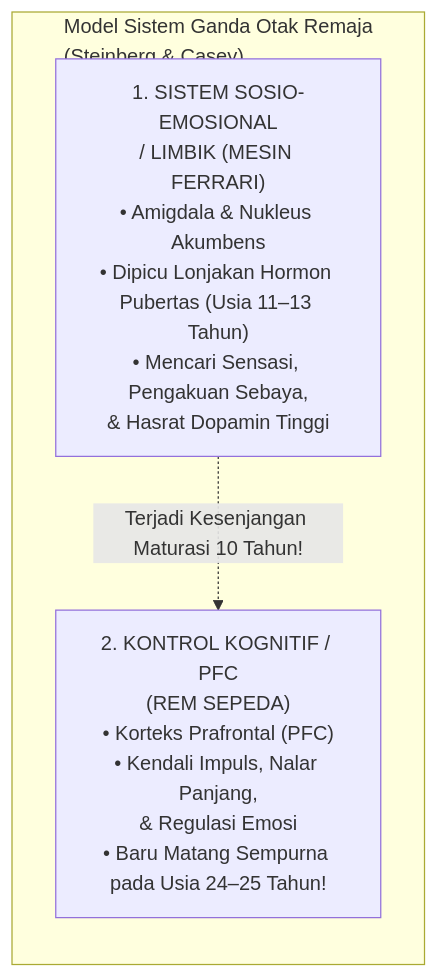
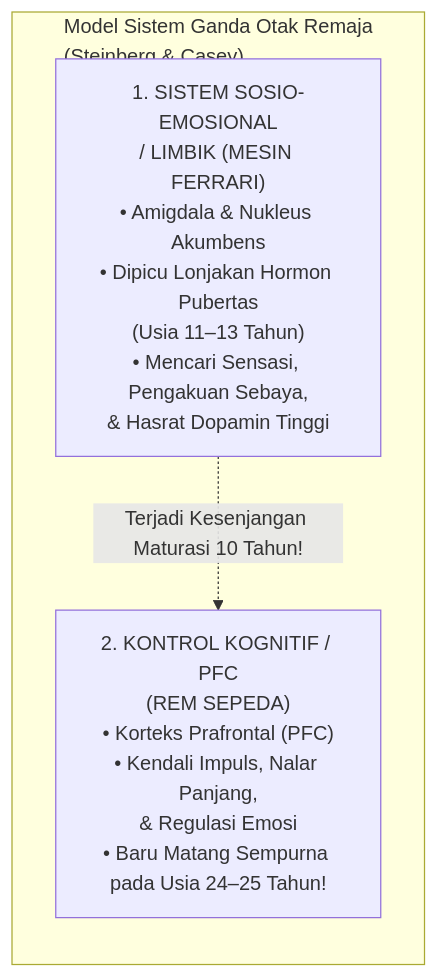
One commit to wandiapriliyandi/tumbuh changed the first of 2 diagrams in BOOK Series 1/01-The-Fundamental-of-TUMBUH/Bab-05-Dinamika-Perkembangan-Jiwa-dan-Neurosains-Remaja.md. Above: the diagram before and after it, drawn with Mermaid. The commit also changed other lines of this file and 34 other files, not shown here.

Commit message:
fix(book-01): audit menyeluruh 20 bab, perapihan diagram dan sinkronisasi 100% catatan kaki

````diff
--- a/BOOK Series 1/01-The-Fundamental-of-TUMBUH/Bab-05-Dinamika-Perkembangan-Jiwa-dan-Neurosains-Remaja.md
+++ b/BOOK Series 1/01-The-Fundamental-of-TUMBUH/Bab-05-Dinamika-Perkembangan-Jiwa-dan-Neurosains-Remaja.md
@@ -24,11 +24,11 @@
 ```mermaid
 graph TD
     subgraph DUAL_SYSTEMS_MODEL["Model Sistem Ganda Otak Remaja<br/>(Steinberg & Casey)"]
         direction TB
-        L["1. SISTEM SOSIO-EMOSIONAL<br/>/ LIMBIK (MESIN FERRARI)<br/>• Amigdala & Nukleus Akumbens<br/>• Dipicu Lonjakan Hormon Pubertas (Usia 11–13 Tahun)<br/>• Mencari Sensasi, Pengakuan Sebaya,<br/>& Hasrat Dopamin Tinggi"]
+        L["1. SISTEM SOSIO-EMOSIONAL<br/>/ LIMBIK (MESIN FERRARI)<br/>• Amigdala & Nukleus Akumbens<br/>• Dipicu Lonjakan Hormon Pubertas<br/>(Usia 11–13 Tahun)<br/>• Mencari Sensasi, Pengakuan Sebaya,<br/>& Hasrat Dopamin Tinggi"]
         
         P["2. KONTROL KOGNITIF / PFC<br/>(REM SEPEDA)<br/>• Korteks Prafrontal (PFC)<br/>• Kendali Impuls, Nalar Panjang,<br/>& Regulasi Emosi<br/>• Baru Matang Sempurna pada Usia 24–25 Tahun!"]
         
         L -.->|Terjadi Kesenjangan Maturasi 10 Tahun!| P
     end
 ```
````
